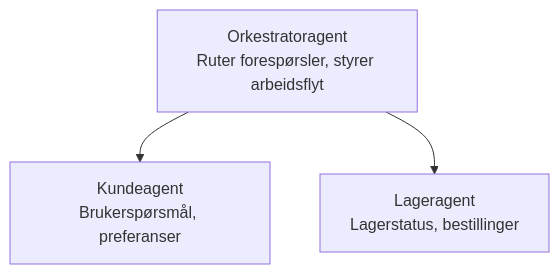
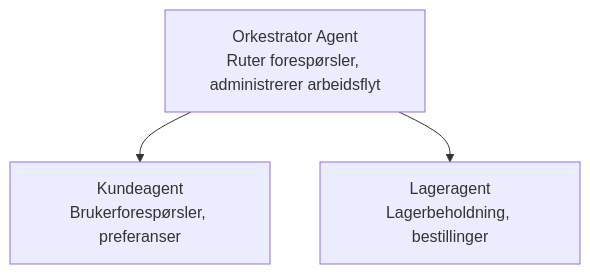
One commit to microsoft/AZD-for-beginners changed the diagram in translations/no/docs/chapter-05-multi-agent/README.md. Above: the diagram before and after it, drawn with Mermaid. The commit also changed other lines of this file and 101 other files, not shown here.

````diff
--- a/translations/no/docs/chapter-05-multi-agent/README.md
+++ b/translations/no/docs/chapter-05-multi-agent/README.md
@@ -50,5 +52,5 @@
 ```mermaid
 graph TD
-    Orchestrator[Orkestratoragent<br/>Ruter forespørsler, styrer arbeidsflyt] --> Customer[Kundeagent<br/>Brukerspørsmål, preferanser]
-    Orchestrator --> Inventory[Lageragent<br/>Lagerstatus, bestillinger]
+    Orchestrator[Orkestrator Agent<br/>Ruter forespørsler, administrerer arbeidsflyt] --> Customer[Kundeagent<br/>Brukerforespørsler, preferanser]
+    Orchestrator --> Inventory[Lageragent<br/>Lagerbeholdning, bestillinger]
 ```
````
